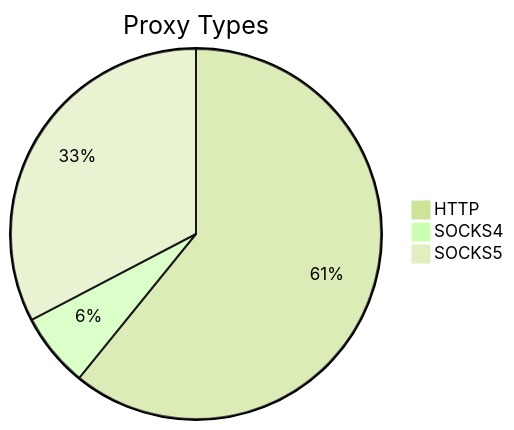
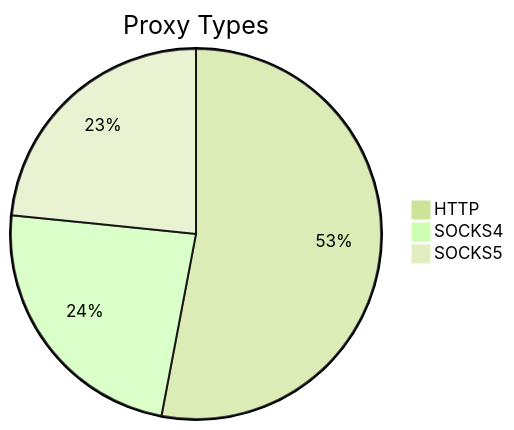
Before and after one commit to stormsia/proxy-list: the first of 2 diagrams in README.md, drawn with Mermaid (forest theme). The commit also changed other lines of this file, not shown here.

````diff
--- a/README.md
+++ b/README.md
@@ -21,6 +21,6 @@
 ```mermaid
 pie title Proxy Types
-    "HTTP" : 244
-    "SOCKS4" : 26
-    "SOCKS5" : 131
+    "HTTP" : 426
+    "SOCKS4" : 190
+    "SOCKS5" : 188
 ```
````
